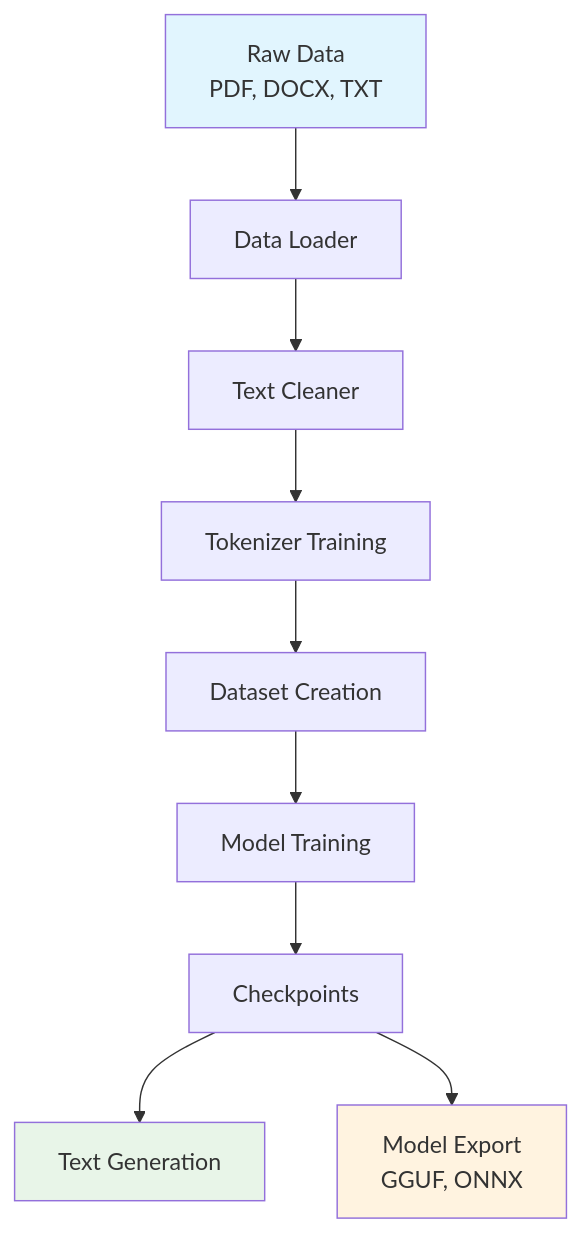
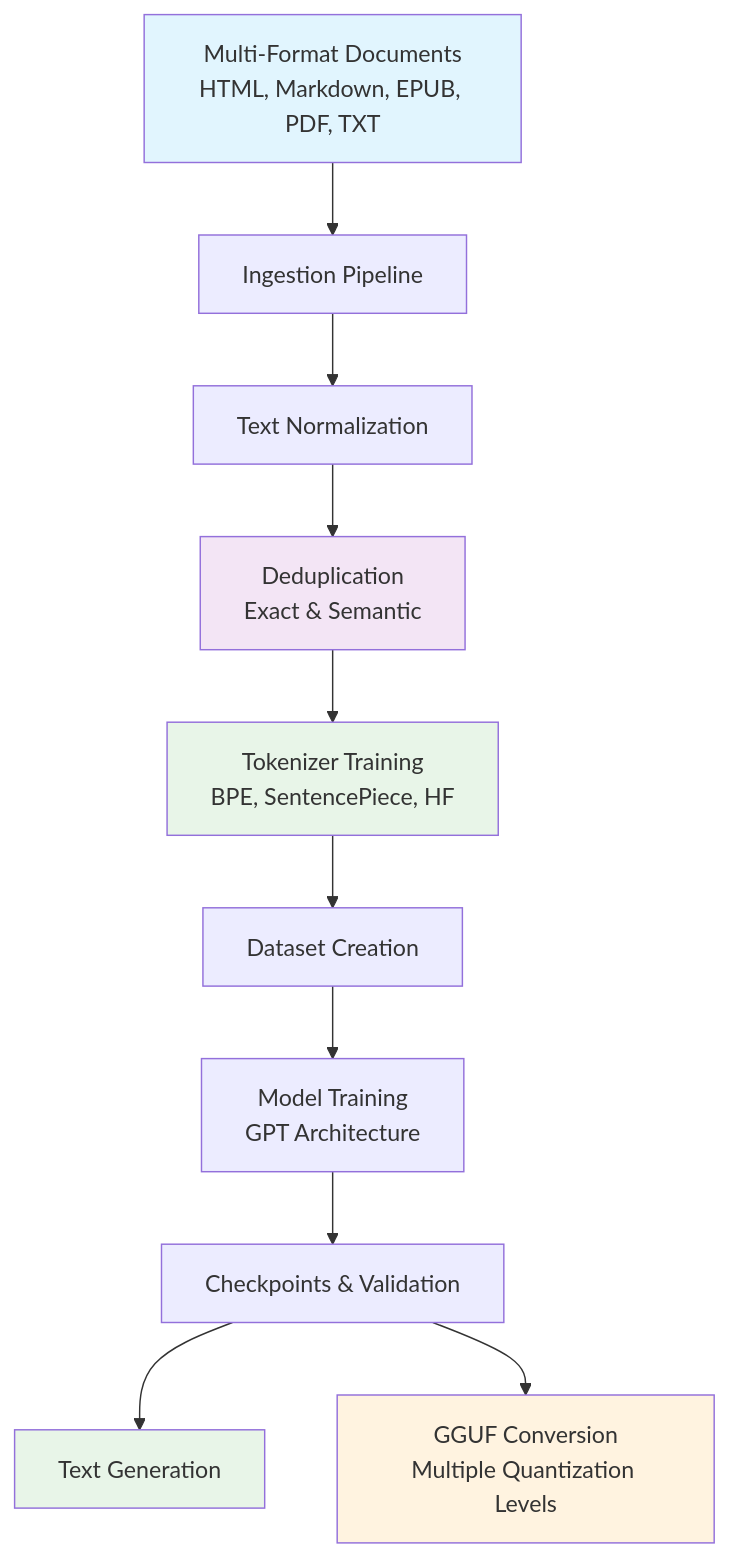
Before and after one commit to qubasehq/llmbuilder-package: the diagram in docs/index.md, drawn with Mermaid. The commit also changed other lines of this file and 145 other files, not shown here.

````diff
--- a/docs/index.md
+++ b/docs/index.md
@@ -72,15 +97,18 @@
 ```mermaid
 graph TB
-    A[Raw Data<br/>PDF, DOCX, TXT] --> B[Data Loader]
-    B --> C[Text Cleaner]
-    C --> D[Tokenizer Training]
-    D --> E[Dataset Creation]
-    E --> F[Model Training]
-    F --> G[Checkpoints]
-    G --> H[Text Generation]
-    G --> I[Model Export<br/>GGUF, ONNX]
-    
+    A[Multi-Format Documents<br/>HTML, Markdown, EPUB, PDF, TXT] --> B[Ingestion Pipeline]
+    B --> C[Text Normalization]
+    C --> D[Deduplication<br/>Exact & Semantic]
+    D --> E[Tokenizer Training<br/>BPE, SentencePiece, HF]
+    E --> F[Dataset Creation]
+    F --> G[Model Training<br/>GPT Architecture]
+    G --> H[Checkpoints & Validation]
+    H --> I[Text Generation]
+    H --> J[GGUF Conversion<br/>Multiple Quantization Levels]
+
     style A fill:#e1f5fe
-    style H fill:#e8f5e8
-    style I fill:#fff3e0
+    style D fill:#f3e5f5
+    style E fill:#e8f5e8
+    style I fill:#e8f5e8
+    style J fill:#fff3e0
 ```
````
